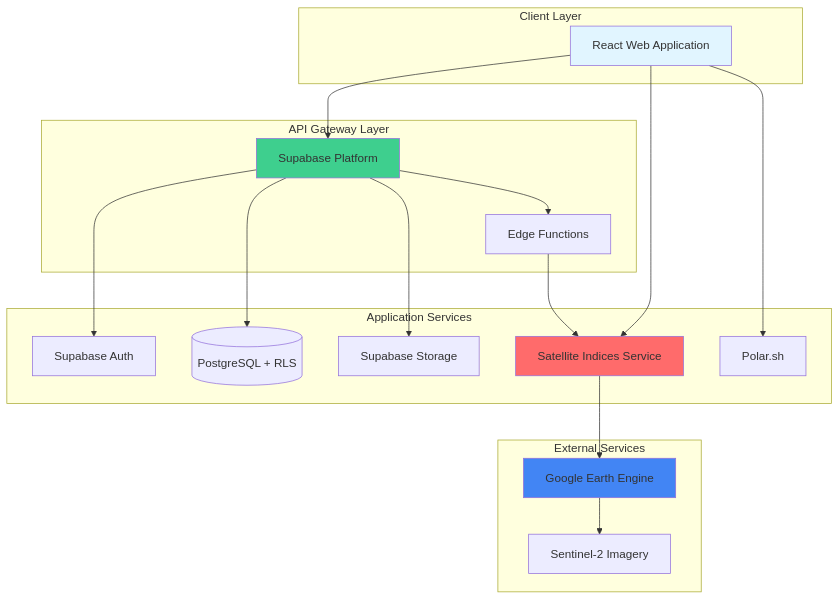
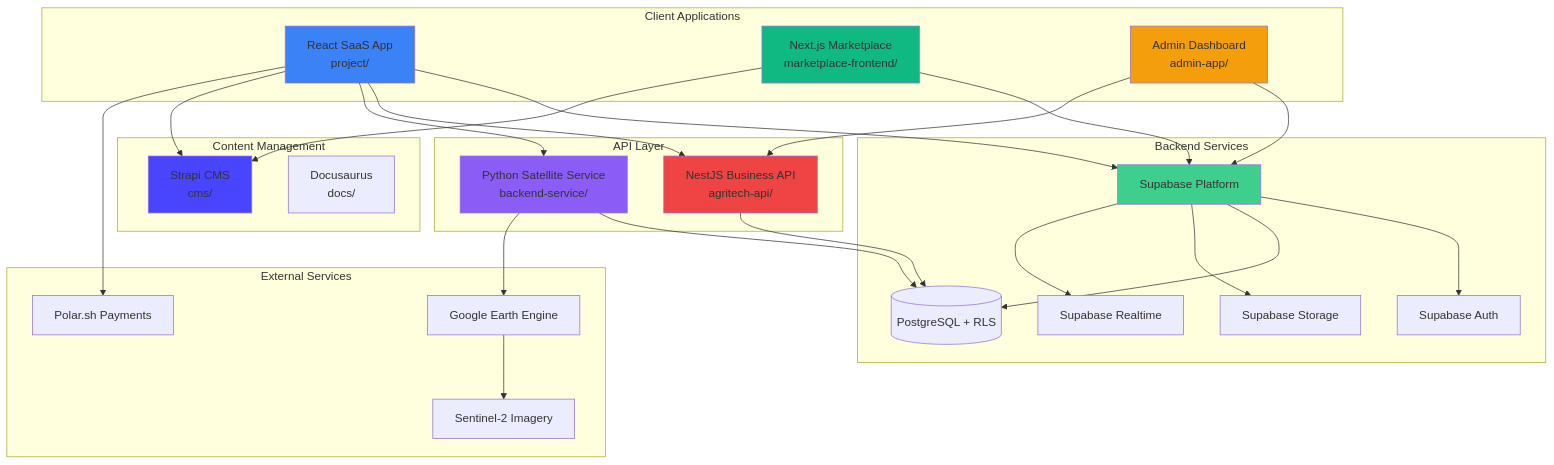
One commit to boutchaz/agritech changed the first of 6 diagrams in docs/docs/architecture/overview.md. Above: the diagram before and after it, drawn with Mermaid. The commit also changed other lines of this file and 7 other files, not shown here.

````diff
--- a/docs/docs/architecture/overview.md
+++ b/docs/docs/architecture/overview.md
@@ -14,40 +14,61 @@
 ```mermaid
 graph TB
-    subgraph "Client Layer"
-        WebApp[React Web Application]
+    subgraph "Client Applications"
+        WebApp[React SaaS App<br/>project/]
+        Marketplace[Next.js Marketplace<br/>marketplace-frontend/]
+        AdminApp[Admin Dashboard<br/>admin-app/]
     end
 
-    subgraph "API Gateway Layer"
-        Supabase[Supabase Platform]
-        EdgeFn[Edge Functions]
+    subgraph "API Layer"
+        NestAPI[NestJS Business API<br/>agritech-api/]
+        SatService[Python Satellite Service<br/>backend-service/]
     end
 
-    subgraph "Application Services"
+    subgraph "Backend Services"
+        Supabase[Supabase Platform]
         Auth[Supabase Auth]
         DB[(PostgreSQL + RLS)]
         Storage[Supabase Storage]
-        SatService[Satellite Indices Service]
-        Payments[Polar.sh]
+        Realtime[Supabase Realtime]
+    end
+
+    subgraph "Content Management"
+        CMS[Strapi CMS<br/>cms/]
+        Docs[Docusaurus<br/>docs/]
     end
 
     subgraph "External Services"
         GEE[Google Earth Engine]
         Sentinel[Sentinel-2 Imagery]
+        Polar[Polar.sh Payments]
     end
 
     WebApp --> Supabase
+    WebApp --> NestAPI
     WebApp --> SatService
-    WebApp --> Payments
+    WebApp --> CMS
+    Marketplace --> Supabase
+    Marketplace --> CMS
+    AdminApp --> Supabase
+    AdminApp --> NestAPI
+
     Supabase --> Auth
     Supabase --> DB
     Supabase --> Storage
-    Supabase --> EdgeFn
-    EdgeFn --> SatService
+    Supabase --> Realtime
+
+    NestAPI --> DB
+    SatService --> DB
     SatService --> GEE
     GEE --> Sentinel
 
-    style WebApp fill:#e1f5ff
+    WebApp --> Polar
+
+    style WebApp fill:#3b82f6
+    style Marketplace fill:#10b981
+    style AdminApp fill:#f59e0b
+    style NestAPI fill:#ef4444
+    style SatService fill:#8b5cf6
     style Supabase fill:#3ecf8e
-    style SatService fill:#ff6b6b
-    style GEE fill:#4285f4
+    style CMS fill:#4945ff
 ```
````
